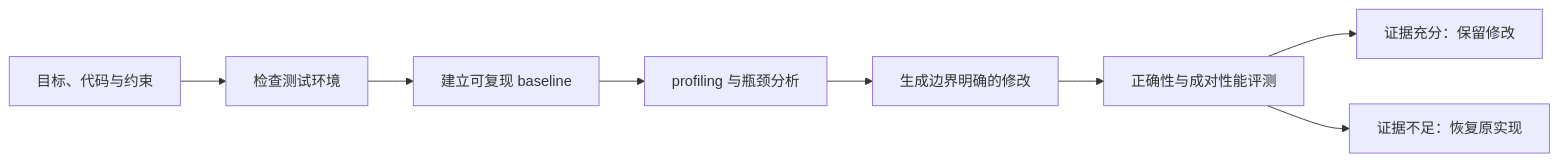
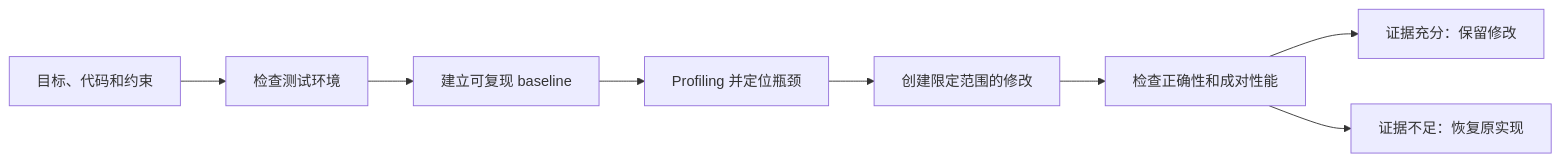
One commit to troycheng/cuda-optimized-skill changed the diagram in README.zh-CN.md. Above: the diagram before and after it, drawn with Mermaid. The commit also changed other lines of this file and 2 other files, not shown here.

````diff
--- a/README.zh-CN.md
+++ b/README.zh-CN.md
@@ -68,10 +61,10 @@
 ```mermaid
 flowchart LR
-    goal["目标、代码与约束"] --> environment["检查测试环境"]
+    goal["目标、代码和约束"] --> environment["检查测试环境"]
     environment --> baseline["建立可复现 baseline"]
-    baseline --> profiling["profiling 与瓶颈分析"]
-    profiling --> change["生成边界明确的修改"]
-    change --> evaluation["正确性与成对性能评测"]
+    baseline --> profiling["Profiling 并定位瓶颈"]
+    profiling --> change["创建限定范围的修改"]
+    change --> evaluation["检查正确性和成对性能"]
     evaluation --> keep["证据充分：保留修改"]
     evaluation --> restore["证据不足：恢复原实现"]
 ```
````
